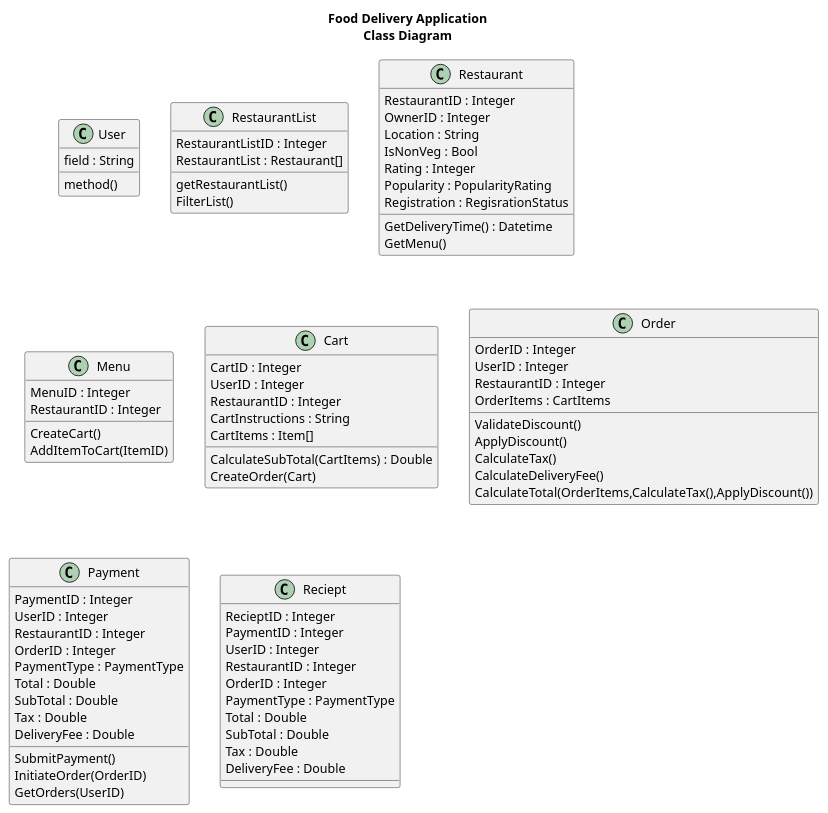
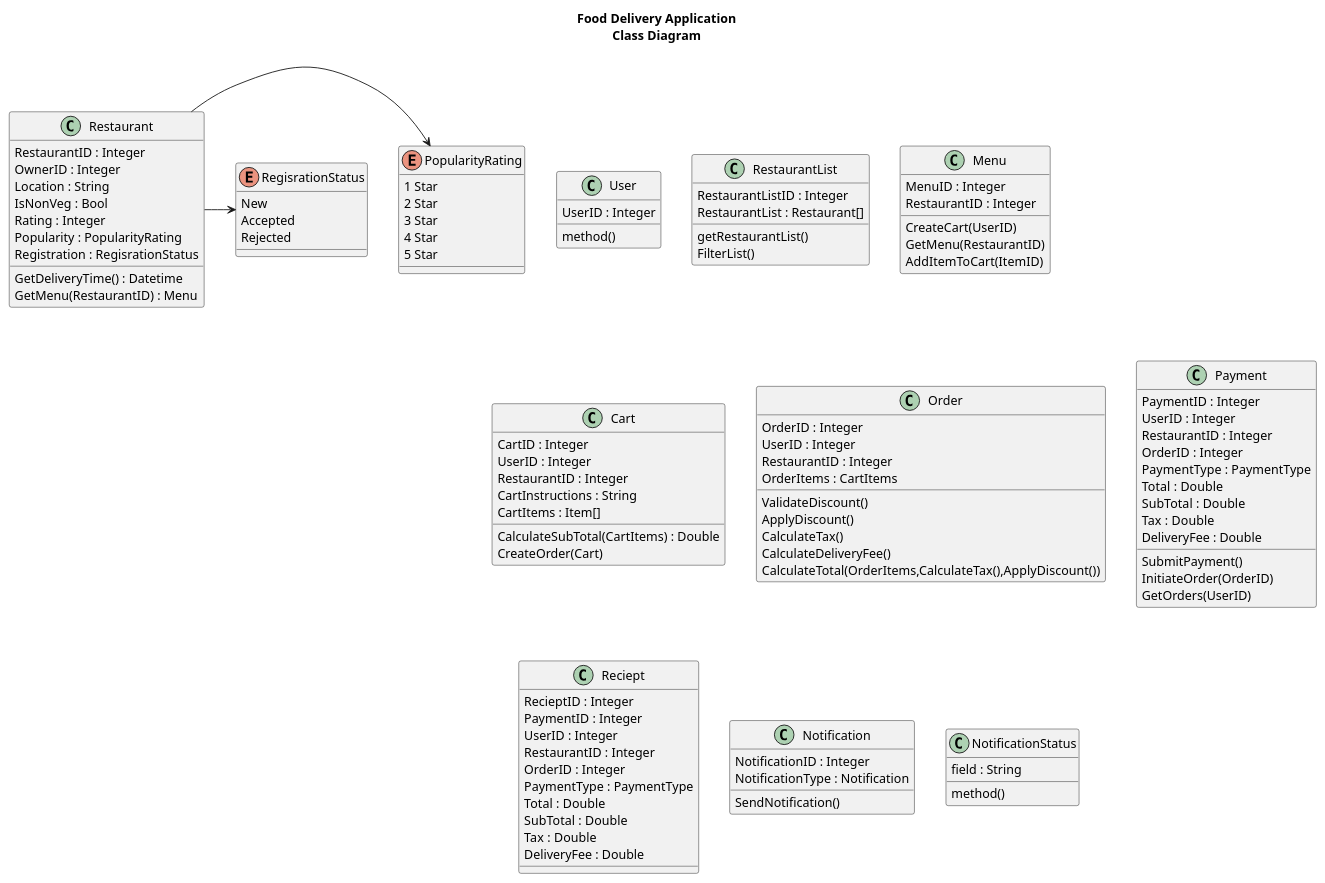
Before and after one commit to WestonDockstader/FoodDeliveryApp: the diagram in WesFiles/FDA Class Diagram.puml, drawn with PlantUML. The commit also changed 2 other files, not shown here.

Commit message:
update to ApplicManSD and Class Diagram

```diff
--- a/WesFiles/FDA Class Diagram.puml
+++ b/WesFiles/FDA Class Diagram.puml
@@ -1,109 +1,117 @@
 @startuml 
 
 title Food Delivery Application\nClass Diagram
 
 class User {
-    field : String
+    UserID : Integer
     method()
 }
 
 class RestaurantList {
     RestaurantListID : Integer
     RestaurantList : Restaurant[]
     getRestaurantList()
     FilterList()
 
 }
-    /'
-    FilterLocation()
-    FilterVeg/Non-Veg()
-    FilterRating()
-    FilterMostPopular()
-    FilterDeliveryTime()
-    '/
 
 class Restaurant {
     RestaurantID : Integer
     OwnerID : Integer
     Location : String
     IsNonVeg : Bool
     Rating : Integer
     Popularity : PopularityRating
     Registration : RegisrationStatus
     GetDeliveryTime() : Datetime
-    GetMenu()
+    GetMenu(RestaurantID) : Menu
+}
+
+Restaurant -right-> PopularityRating
+
+enum PopularityRating {
+    1 Star
+    2 Star
+    3 Star
+    4 Star
+    5 Star
+}
+
+Restaurant -right-> RegisrationStatus
+
+enum RegisrationStatus {
+    New 
+    Accepted
+    Rejected
 }
 
 class Menu {
     MenuID : Integer
     RestaurantID : Integer
-    CreateCart()
+    CreateCart(UserID)
+    GetMenu(RestaurantID)
     AddItemToCart(ItemID)
 }
 
 class Cart {
     CartID : Integer
     UserID : Integer
     RestaurantID : Integer
     CartInstructions : String
     CartItems : Item[]
     CalculateSubTotal(CartItems) : Double
     CreateOrder(Cart)
 }
 
 class Order {
     OrderID : Integer
     UserID : Integer
     RestaurantID : Integer
     OrderItems : CartItems
     ValidateDiscount()
     ApplyDiscount()
     CalculateTax()
     CalculateDeliveryFee()
     CalculateTotal(OrderItems,CalculateTax(),ApplyDiscount())
 }
 
 class Payment {
     PaymentID : Integer
     UserID : Integer
     RestaurantID : Integer
     OrderID : Integer
     PaymentType : PaymentType
     Total : Double
     SubTotal : Double
     Tax : Double
     DeliveryFee : Double
     SubmitPayment()
     InitiateOrder(OrderID)
     GetOrders(UserID)
 }
 
 class Reciept {
     RecieptID : Integer
     PaymentID : Integer
     UserID : Integer
     RestaurantID : Integer
     OrderID : Integer
     PaymentType : PaymentType
     Total : Double
     SubTotal : Double
     Tax : Double
     DeliveryFee : Double
 }
 
+class Notification {
+    NotificationID : Integer
+    NotificationType : Notification
+    SendNotification()
+}
 
-
-
-
-/'
-class Permission {
+class NotificationStatus {
     field : String
     method()
 }
 
-class Item {
-    field : String
-    method()
-}
-'/
 @enduml 
```
